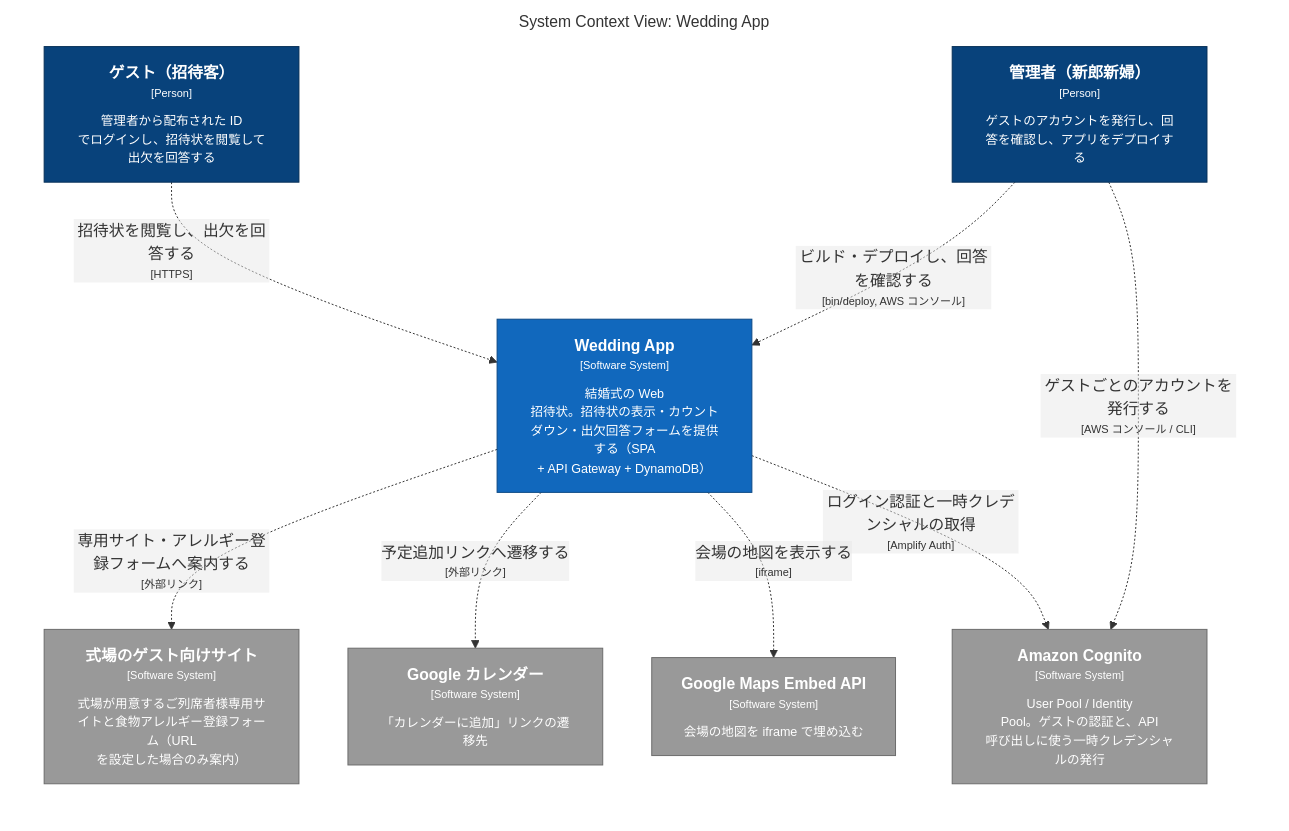
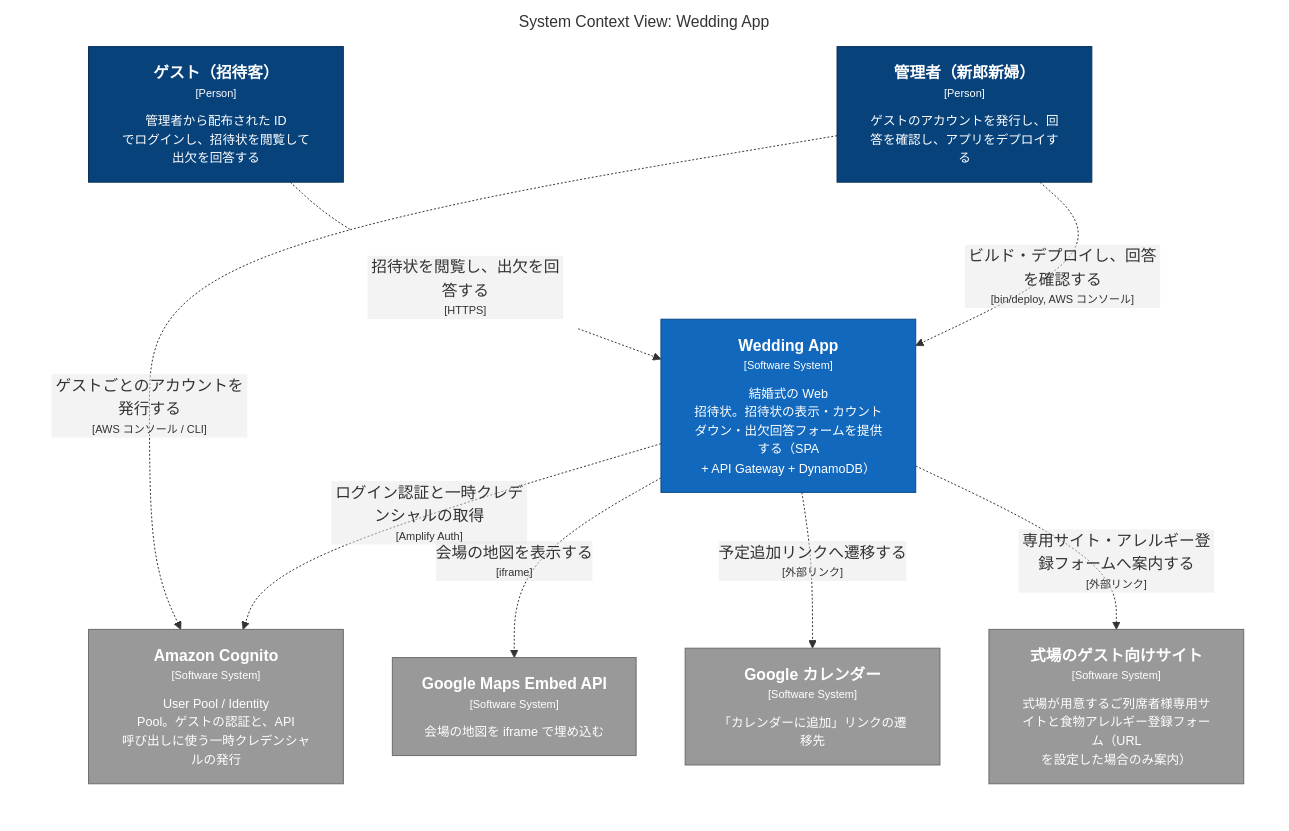
One commit to Yuchan4342/wedding-app changed the first of 2 diagrams in docs/architecture/README.md. Above: the diagram before and after it, drawn with Mermaid. The commit also changed other lines of this file and 4 other files, not shown here.

First line of the commit message:
C4 モデルの Container 図を追加する

````diff
--- a/docs/architecture/README.md
+++ b/docs/architecture/README.md
@@ -15,32 +19,32 @@
 ```mermaid
 graph LR
   linkStyle default fill:#ffffff
 
   subgraph diagram ["System Context View: Wedding App"]
     style diagram fill:#ffffff,stroke:#ffffff
 
     1["<div style='font-weight: bold'>ゲスト（招待客）</div><div style='font-size: 70%; margin-top: 0px'>[Person]</div><div style='font-size: 80%; margin-top:10px'>管理者から配布された ID<br />でログインし、招待状を閲覧して出欠を回答する</div>"]
     style 1 fill:#08427b,stroke:#052e56,color:#ffffff
+    10["<div style='font-weight: bold'>Google Maps Embed API</div><div style='font-size: 70%; margin-top: 0px'>[Software System]</div><div style='font-size: 80%; margin-top:10px'>会場の地図を iframe で埋め込む</div>"]
+    style 10 fill:#999999,stroke:#6b6b6b,color:#ffffff
+    11["<div style='font-weight: bold'>Google カレンダー</div><div style='font-size: 70%; margin-top: 0px'>[Software System]</div><div style='font-size: 80%; margin-top:10px'>「カレンダーに追加」リンクの遷移先</div>"]
+    style 11 fill:#999999,stroke:#6b6b6b,color:#ffffff
+    12["<div style='font-weight: bold'>式場のゲスト向けサイト</div><div style='font-size: 70%; margin-top: 0px'>[Software System]</div><div style='font-size: 80%; margin-top:10px'>式場が用意するご列席者様専用サイトと食物アレルギー登録フォーム（URL<br />を設定した場合のみ案内）</div>"]
+    style 12 fill:#999999,stroke:#6b6b6b,color:#ffffff
     2["<div style='font-weight: bold'>管理者（新郎新婦）</div><div style='font-size: 70%; margin-top: 0px'>[Person]</div><div style='font-size: 80%; margin-top:10px'>ゲストのアカウントを発行し、回答を確認し、アプリをデプロイする</div>"]
     style 2 fill:#08427b,stroke:#052e56,color:#ffffff
     3["<div style='font-weight: bold'>Wedding App</div><div style='font-size: 70%; margin-top: 0px'>[Software System]</div><div style='font-size: 80%; margin-top:10px'>結婚式の Web<br />招待状。招待状の表示・カウントダウン・出欠回答フォームを提供する（SPA<br />+ API Gateway + DynamoDB）</div>"]
     style 3 fill:#1168bd,stroke:#0b4884,color:#ffffff
-    4["<div style='font-weight: bold'>Amazon Cognito</div><div style='font-size: 70%; margin-top: 0px'>[Software System]</div><div style='font-size: 80%; margin-top:10px'>User Pool / Identity<br />Pool。ゲストの認証と、API<br />呼び出しに使う一時クレデンシャルの発行</div>"]
-    style 4 fill:#999999,stroke:#6b6b6b,color:#ffffff
-    5["<div style='font-weight: bold'>Google Maps Embed API</div><div style='font-size: 70%; margin-top: 0px'>[Software System]</div><div style='font-size: 80%; margin-top:10px'>会場の地図を iframe で埋め込む</div>"]
-    style 5 fill:#999999,stroke:#6b6b6b,color:#ffffff
-    6["<div style='font-weight: bold'>Google カレンダー</div><div style='font-size: 70%; margin-top: 0px'>[Software System]</div><div style='font-size: 80%; margin-top:10px'>「カレンダーに追加」リンクの遷移先</div>"]
-    style 6 fill:#999999,stroke:#6b6b6b,color:#ffffff
-    7["<div style='font-weight: bold'>式場のゲスト向けサイト</div><div style='font-size: 70%; margin-top: 0px'>[Software System]</div><div style='font-size: 80%; margin-top:10px'>式場が用意するご列席者様専用サイトと食物アレルギー登録フォーム（URL<br />を設定した場合のみ案内）</div>"]
-    style 7 fill:#999999,stroke:#6b6b6b,color:#ffffff
+    9["<div style='font-weight: bold'>Amazon Cognito</div><div style='font-size: 70%; margin-top: 0px'>[Software System]</div><div style='font-size: 80%; margin-top:10px'>User Pool / Identity<br />Pool。ゲストの認証と、API<br />呼び出しに使う一時クレデンシャルの発行</div>"]
+    style 9 fill:#999999,stroke:#6b6b6b,color:#ffffff
 
-    2-. "<div>ゲストごとのアカウントを発行する</div><div style='font-size: 70%'>[AWS コンソール / CLI]</div>" .->4
-    3-. "<div>ログイン認証と一時クレデンシャルの取得</div><div style='font-size: 70%'>[Amplify Auth]</div>" .->4
-    3-. "<div>会場の地図を表示する</div><div style='font-size: 70%'>[iframe]</div>" .->5
-    3-. "<div>予定追加リンクへ遷移する</div><div style='font-size: 70%'>[外部リンク]</div>" .->6
-    3-. "<div>専用サイト・アレルギー登録フォームへ案内する</div><div style='font-size: 70%'>[外部リンク]</div>" .->7
     1-. "<div>招待状を閲覧し、出欠を回答する</div><div style='font-size: 70%'>[HTTPS]</div>" .->3
     2-. "<div>ビルド・デプロイし、回答を確認する</div><div style='font-size: 70%'>[bin/deploy, AWS コンソール]</div>" .->3
+    2-. "<div>ゲストごとのアカウントを発行する</div><div style='font-size: 70%'>[AWS コンソール / CLI]</div>" .->9
+    3-. "<div>ログイン認証と一時クレデンシャルの取得</div><div style='font-size: 70%'>[Amplify Auth]</div>" .->9
+    3-. "<div>会場の地図を表示する</div><div style='font-size: 70%'>[iframe]</div>" .->10
+    3-. "<div>予定追加リンクへ遷移する</div><div style='font-size: 70%'>[外部リンク]</div>" .->11
+    3-. "<div>専用サイト・アレルギー登録フォームへ案内する</div><div style='font-size: 70%'>[外部リンク]</div>" .->12
 
   end
 ```
````
